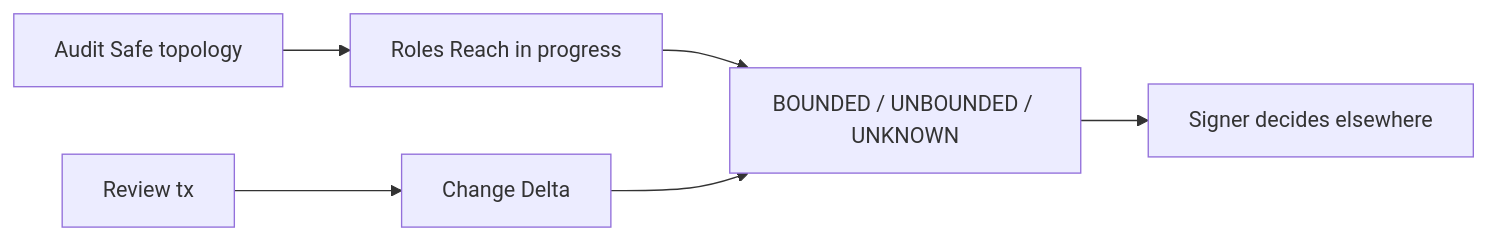
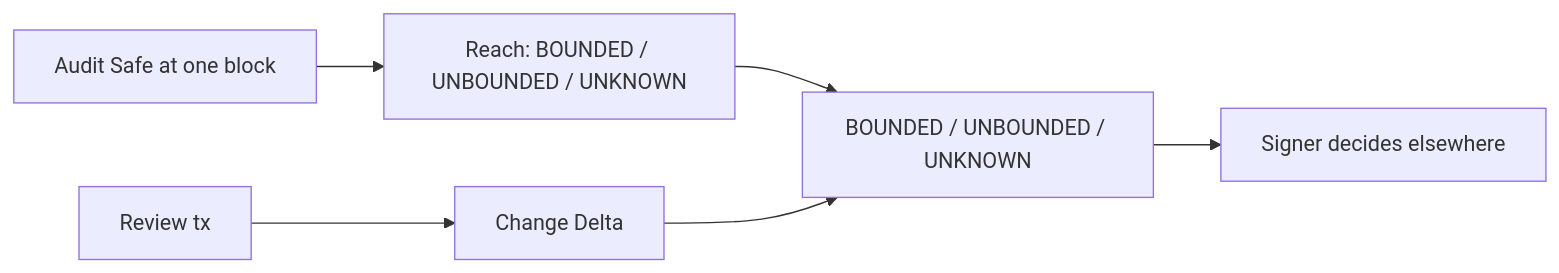
The diagram in README.md (devhb1/Saviour), drawn with Mermaid before and after one commit. The commit also changed other lines of this file and 4 other files, not shown here.

````diff
--- a/README.md
+++ b/README.md
@@ -31,8 +31,8 @@
 ```mermaid
 flowchart LR
-  Audit[Audit Safe topology] --> Reach[Roles Reach in progress]
+  Audit[Audit Safe at one block] --> Reach[Reach: BOUNDED / UNBOUNDED / UNKNOWN]
   Review[Review tx] --> Delta[Change Delta]
   Reach --> Verdict[BOUNDED / UNBOUNDED / UNKNOWN]
   Delta --> Verdict
   Verdict --> Signer[Signer decides elsewhere]
 ```
````
